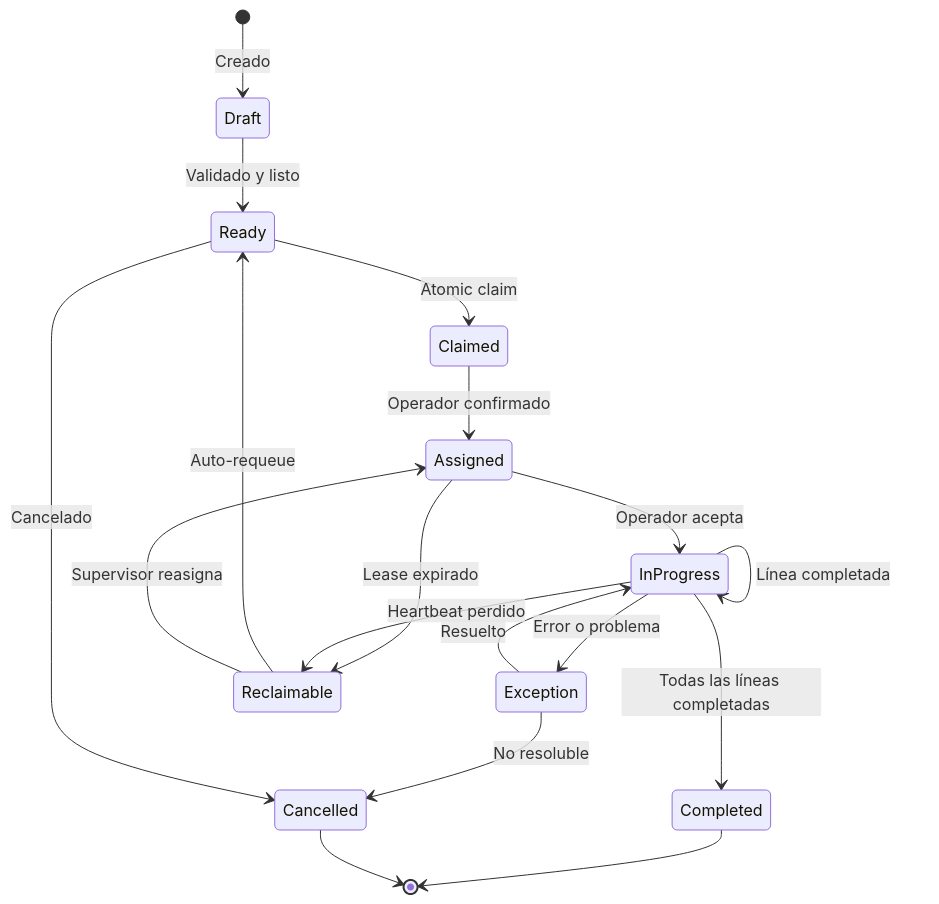
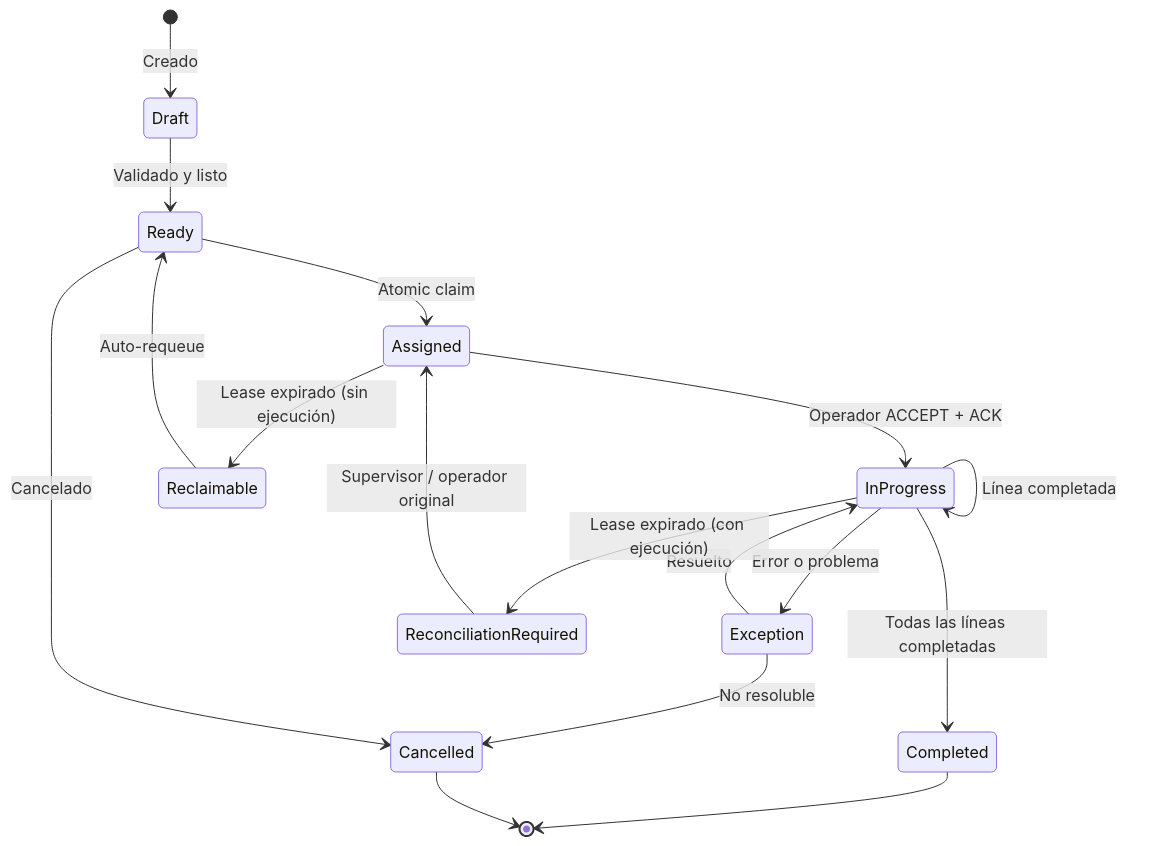
Before and after one commit to Oravlalesco/Odoo-ERP: the first of 4 diagrams in docs/01-dominios/04-work-execution.md, drawn with Mermaid. The commit also changed other lines of this file and 7 other files, not shown here.

First line of the commit message:
docs: WMS Architecture Baseline v1.2 — final cleanup

````diff
--- a/docs/01-dominios/04-work-execution.md
+++ b/docs/01-dominios/04-work-execution.md
@@ -100,20 +100,19 @@
 ```mermaid
 stateDiagram-v2
     [*] --> Draft: Creado
     Draft --> Ready: Validado y listo
-    Ready --> Claimed: Atomic claim
-    Claimed --> Assigned: Operador confirmado
-    Assigned --> InProgress: Operador acepta
+    Ready --> Assigned: Atomic claim
+    Assigned --> InProgress: Operador ACCEPT + ACK
     InProgress --> InProgress: Línea completada
     InProgress --> Completed: Todas las líneas completadas
     InProgress --> Exception: Error o problema
     Exception --> InProgress: Resuelto
     Exception --> Cancelled: No resoluble
     Ready --> Cancelled: Cancelado
-    Assigned --> Reclaimable: Lease expirado
-    InProgress --> Reclaimable: Heartbeat perdido
+    Assigned --> Reclaimable: Lease expirado (sin ejecución)
     Reclaimable --> Ready: Auto-requeue
-    Reclaimable --> Assigned: Supervisor reasigna
+    InProgress --> ReconciliationRequired: Lease expirado (con ejecución)
+    ReconciliationRequired --> Assigned: Supervisor / operador original
     Completed --> [*]
     Cancelled --> [*]
 ```
````
